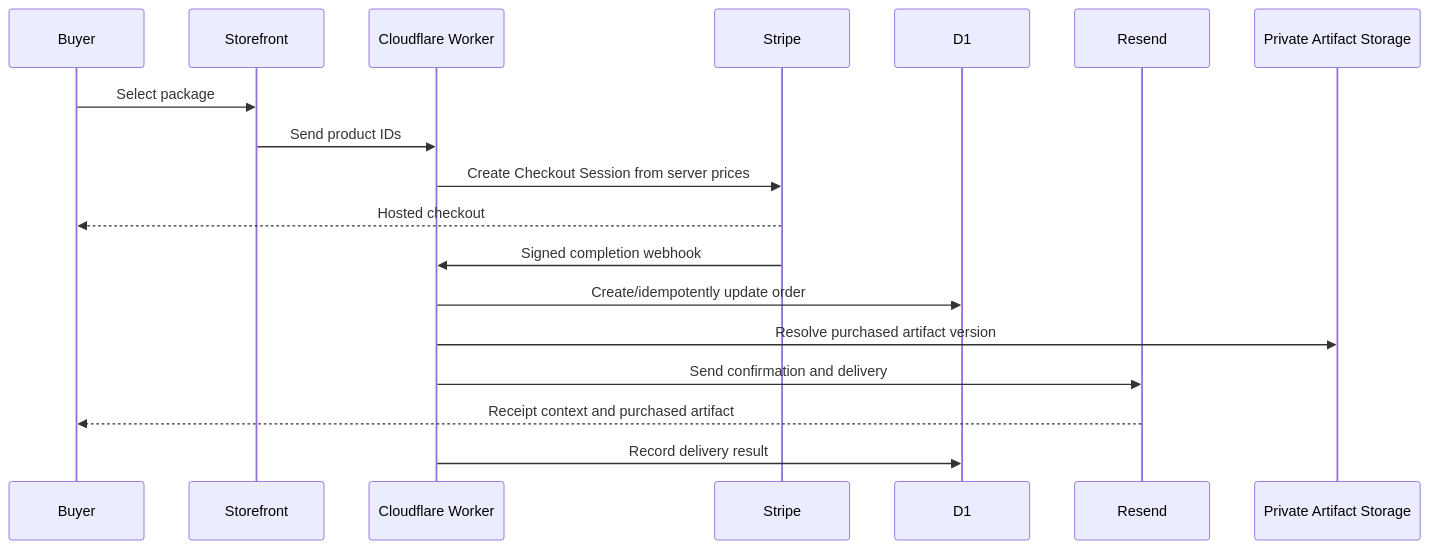
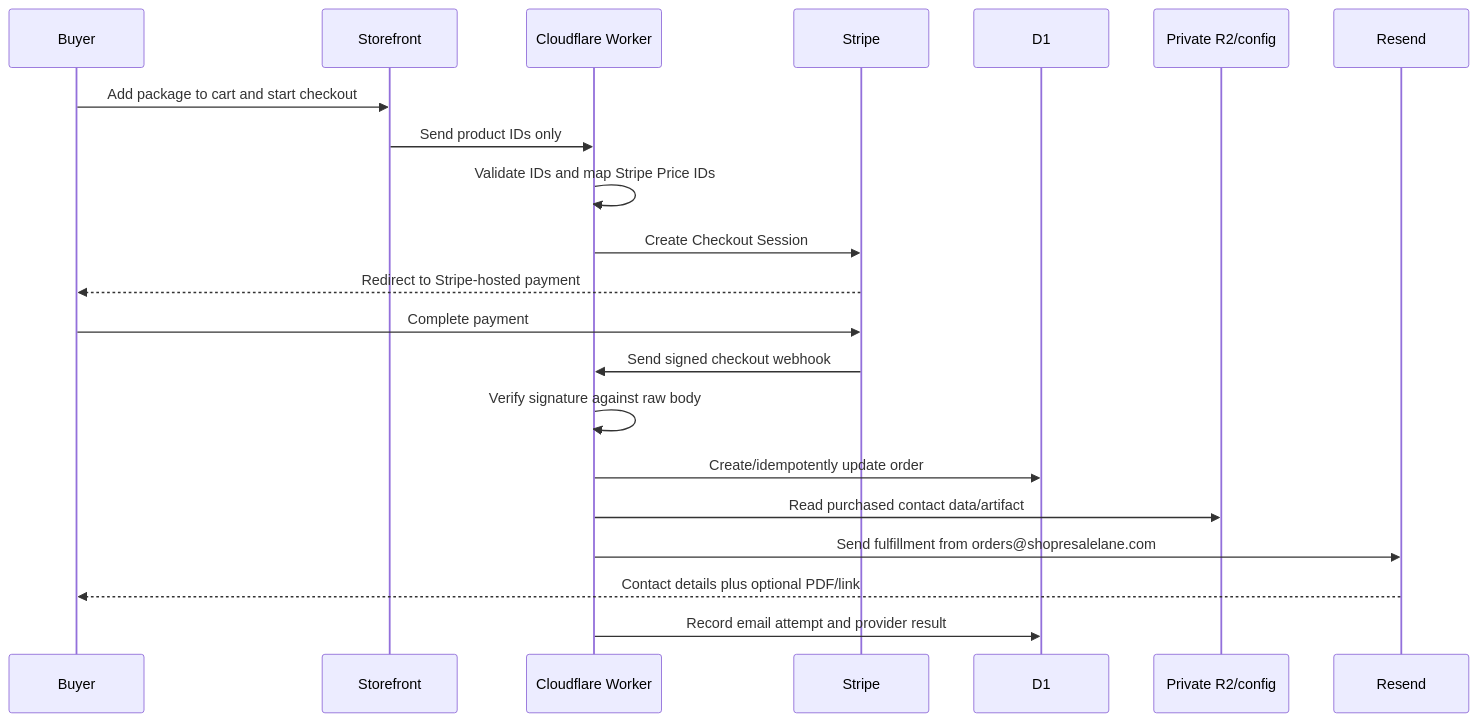
Before and after one commit to collinbediner/Resale: the second of 2 diagrams in docs/ARCHITECTURE.md, drawn with Mermaid. The commit also changed other lines of this file and 7 other files, not shown here.

Commit message:
Document approved commerce architecture

````diff
--- a/docs/ARCHITECTURE.md
+++ b/docs/ARCHITECTURE.md
@@ -85,20 +87,23 @@
 ```mermaid
 sequenceDiagram
   participant B as Buyer
   participant S as Storefront
   participant W as Cloudflare Worker
   participant P as Stripe
   participant D as D1
+  participant R as Private R2/config
   participant E as Resend
-  participant A as Private Artifact Storage
-  B->>S: Select package
-  S->>W: Send product IDs
-  W->>P: Create Checkout Session from server prices
-  P-->>B: Hosted checkout
-  P->>W: Signed completion webhook
+  B->>S: Add package to cart and start checkout
+  S->>W: Send product IDs only
+  W->>W: Validate IDs and map Stripe Price IDs
+  W->>P: Create Checkout Session
+  P-->>B: Redirect to Stripe-hosted payment
+  B->>P: Complete payment
+  P->>W: Send signed checkout webhook
+  W->>W: Verify signature against raw body
   W->>D: Create/idempotently update order
-  W->>A: Resolve purchased artifact version
-  W->>E: Send confirmation and delivery
-  E-->>B: Receipt context and purchased artifact
-  W->>D: Record delivery result
+  W->>R: Read purchased contact data/artifact
+  W->>E: Send fulfillment from orders@shopresalelane.com
+  E-->>B: Contact details plus optional PDF/link
+  W->>D: Record email attempt and provider result
 ```
````
